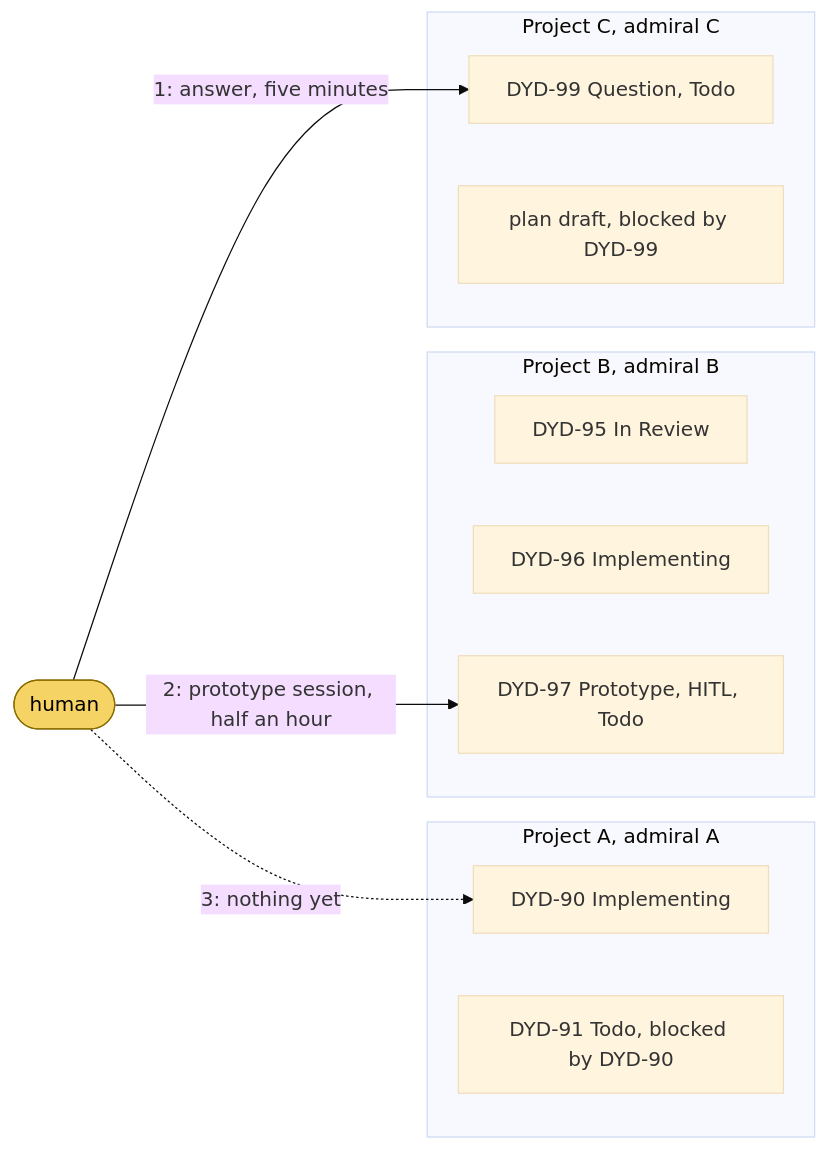
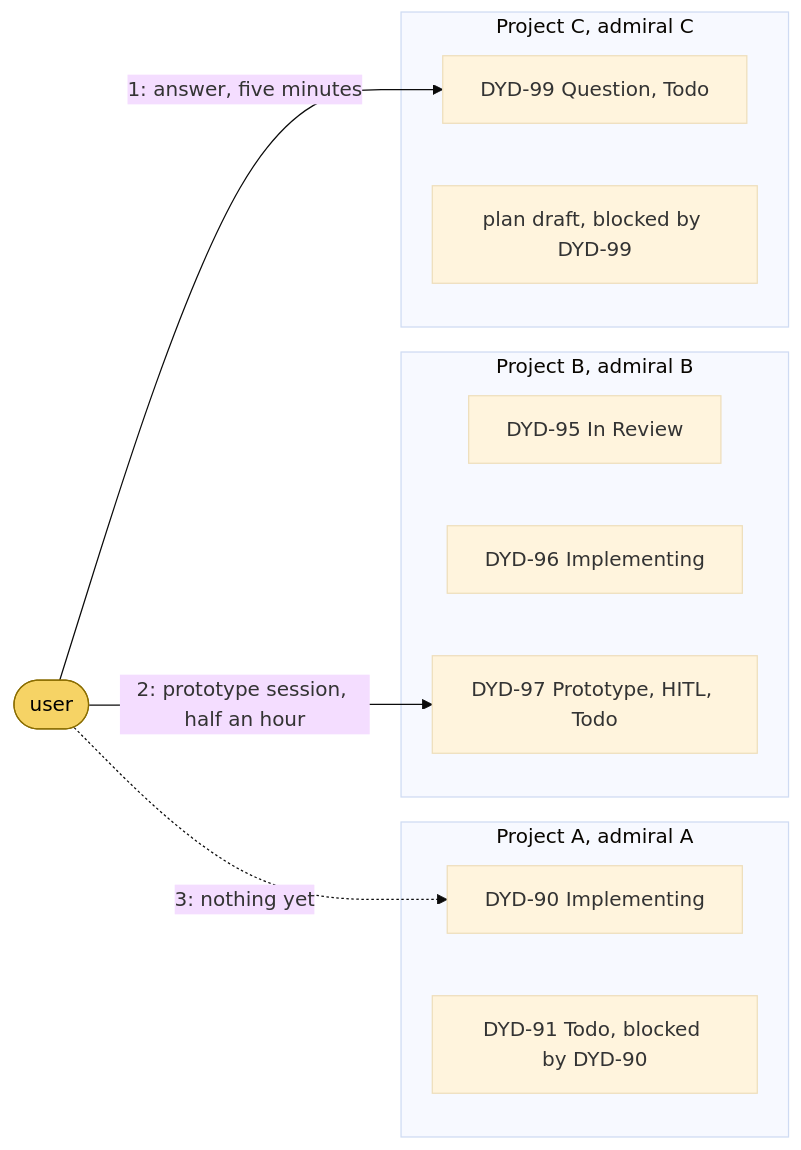
Before and after one commit to bodnarbalazs/dydo: diagram 12 of 12 in dydo/understand/control-flow.md, drawn with Mermaid (base theme). The commit also changed other lines of this file and 4 other files, not shown here.

````diff
--- a/dydo/understand/control-flow.md
+++ b/dydo/understand/control-flow.md
@@ -706,20 +706,20 @@
 ```mermaid
 flowchart LR
-  classDef human fill:#f6d365,stroke:#8a6d00,color:#000
+  classDef user fill:#f6d365,stroke:#8a6d00,color:#000
   subgraph A [Project A, admiral A]
     A1[DYD-90 Implementing]
     A2[DYD-91 Todo, blocked by DYD-90]
   end
   subgraph B [Project B, admiral B]
     B1[DYD-95 In Review]
     B2[DYD-96 Implementing]
     B3[DYD-97 Prototype, HITL, Todo]
   end
   subgraph C [Project C, admiral C]
     C1[DYD-99 Question, Todo]
     C2[plan draft, blocked by DYD-99]
   end
-  H([human]):::human -->|1: answer, five minutes| C1
+  H([user]):::user -->|1: answer, five minutes| C1
   H -->|2: prototype session, half an hour| B3
   H -.->|3: nothing yet| A1
 ```
````
